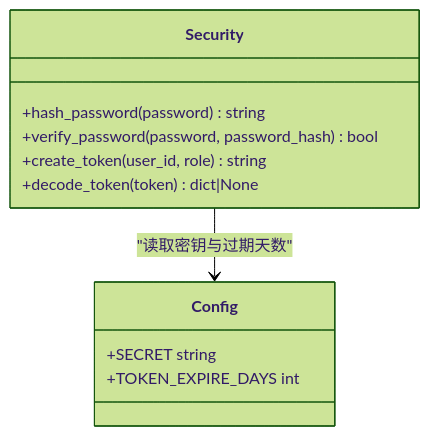
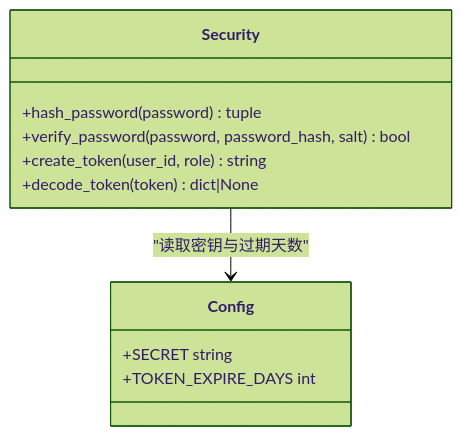
Before and after one commit to onebody/homework: the fifth of 8 diagrams in .qoder/repowiki/zh/content/暑假作业打卡系统/后端服务架构/路由层设计/用户认证路由.md, drawn with Mermaid (forest theme). The commit also changed other lines of this file and 15 other files, not shown here.

````diff
--- a/.qoder/repowiki/zh/content/暑假作业打卡系统/后端服务架构/路由层设计/用户认证路由.md
+++ b/.qoder/repowiki/zh/content/暑假作业打卡系统/后端服务架构/路由层设计/用户认证路由.md
@@ -175,14 +247,14 @@
 ```mermaid
 classDiagram
 class Security {
-+hash_password(password) string
-+verify_password(password, password_hash) bool
++hash_password(password) tuple
++verify_password(password, password_hash, salt) bool
 +create_token(user_id, role) string
 +decode_token(token) dict|None
 }
 class Config {
 +SECRET string
 +TOKEN_EXPIRE_DAYS int
 }
 Security --> Config : "读取密钥与过期天数"
 ```
````
